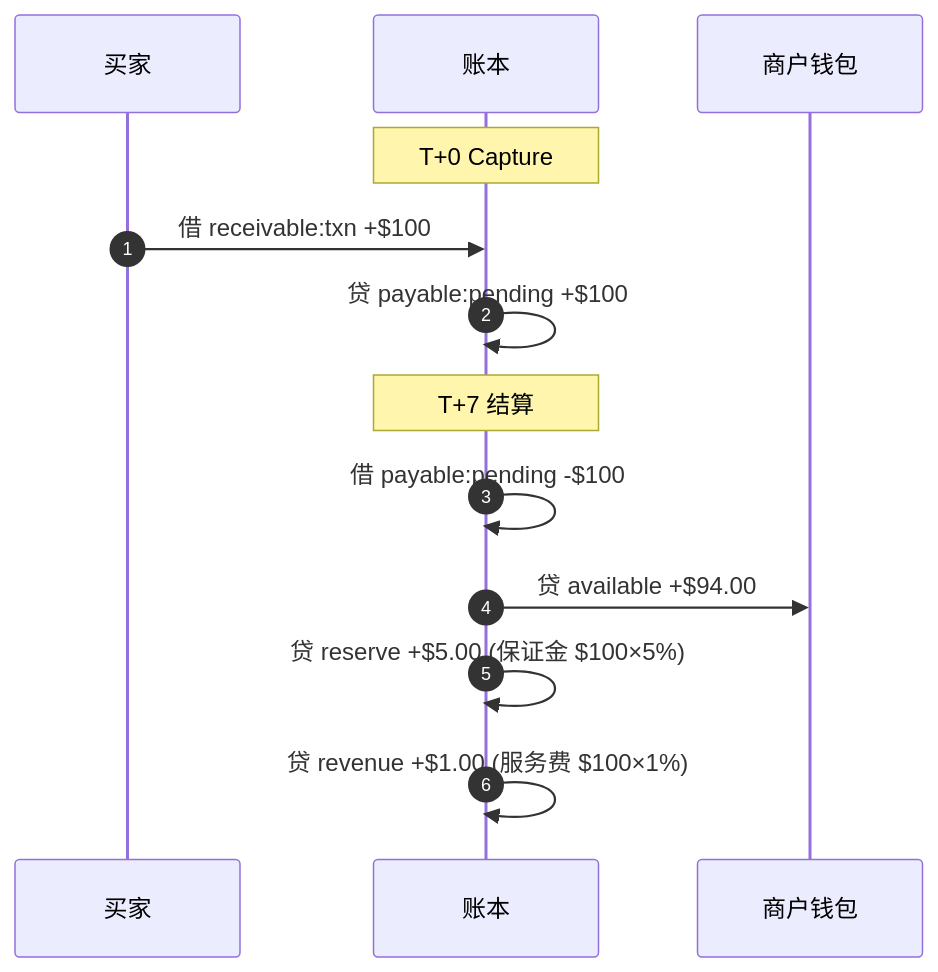
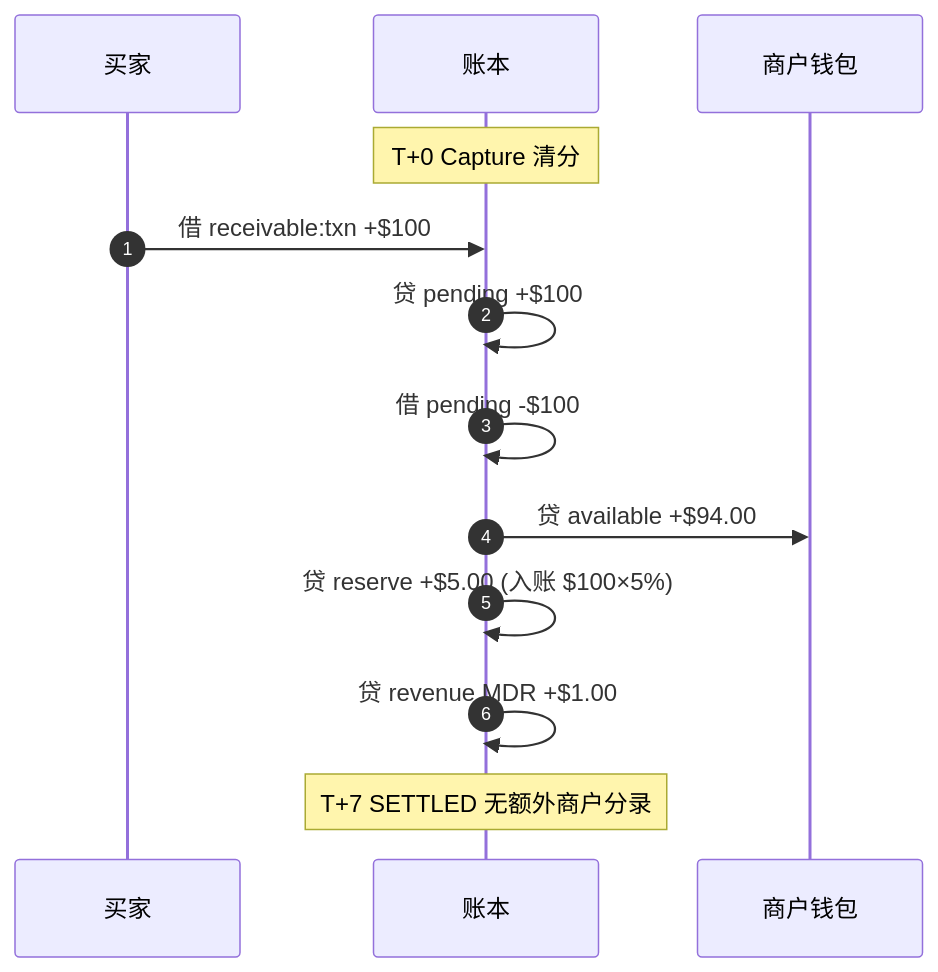
Before and after one commit to 1aboveio/wallet-architecture: the first of 3 diagrams in docs/acquiring-settlement-clearing.md, drawn with Mermaid. The commit also changed other lines of this file and 12 other files, not shown here.

````diff
--- a/docs/acquiring-settlement-clearing.md
+++ b/docs/acquiring-settlement-clearing.md
@@ -77,17 +77,17 @@
 ```mermaid
 sequenceDiagram
     autonumber
     participant C as 买家
     participant T as 账本
     participant M as 商户钱包
 
-    Note over T: T+0 Capture
+    Note over T: T+0 Capture 清分
     C->>T: 借 receivable:txn +$100
-    T->>T: 贷 payable:pending +$100
+    T->>T: 贷 pending +$100
+    T->>T: 借 pending -$100
+    T->>M: 贷 available +$94.00
+    T->>T: 贷 reserve +$5.00 (入账 $100×5%)
+    T->>T: 贷 revenue MDR +$1.00
 
-    Note over T: T+7 结算
-    T->>T: 借 payable:pending -$100
-    T->>M: 贷 available +$94.00
-    T->>T: 贷 reserve +$5.00 (保证金 $100×5%)
-    T->>T: 贷 revenue +$1.00 (服务费 $100×1%)
+    Note over T: T+7 SETTLED 无额外商户分录
 ```
````
